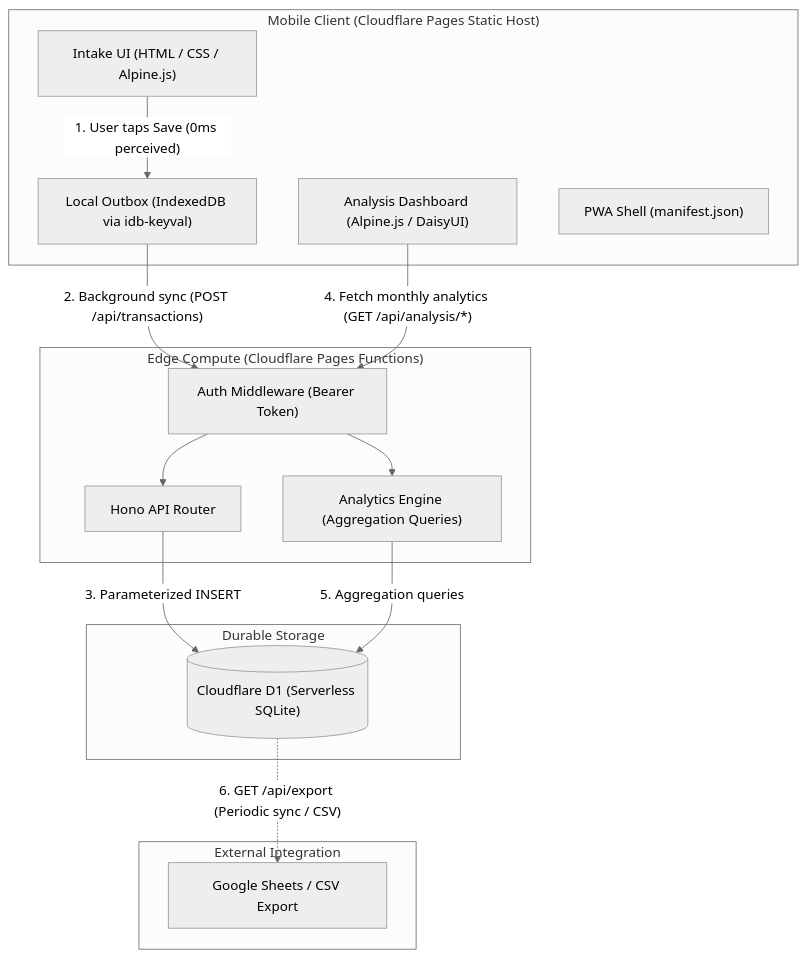
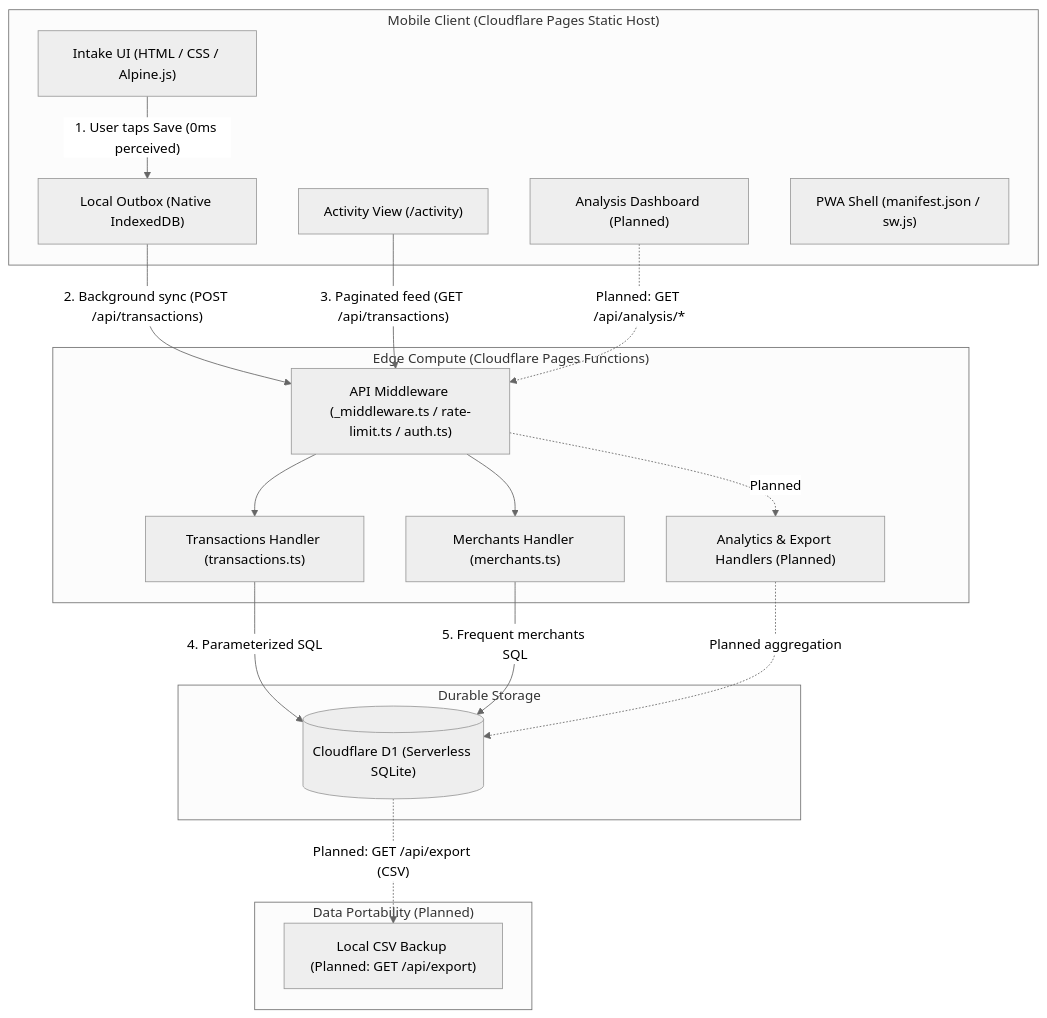
Before and after one commit to gordonpn/snaptally: the diagram in docs/architecture.md, drawn with Mermaid (neutral theme). The commit also changed other lines of this file and 3 other files, not shown here.

First line of the commit message:
docs: align architecture and onboarding docs with shipped handlers (#260)

````diff
--- a/docs/architecture.md
+++ b/docs/architecture.md
@@ -9,32 +9,37 @@
 ```mermaid
 flowchart TD
     subgraph MobileClient["Mobile Client (Cloudflare Pages Static Host)"]
         UI["Intake UI (HTML / CSS / Alpine.js)"]
-        Dashboard["Analysis Dashboard (Alpine.js / DaisyUI)"]
-        Outbox["Local Outbox (IndexedDB via idb-keyval)"]
-        PWA["PWA Shell (manifest.json)"]
+        Activity["Activity View (/activity)"]
+        Dashboard["Analysis Dashboard (Planned)"]
+        Outbox["Local Outbox (Native IndexedDB)"]
+        PWA["PWA Shell (manifest.json / sw.js)"]
     end
 
     subgraph EdgeCompute["Edge Compute (Cloudflare Pages Functions)"]
-        Auth["Auth Middleware (Bearer Token)"]
-        Router["Hono API Router"]
-        AnalyticsEngine["Analytics Engine (Aggregation Queries)"]
+        Middleware["API Middleware (_middleware.ts / rate-limit.ts / auth.ts)"]
+        TxHandler["Transactions Handler (transactions.ts)"]
+        MerchantHandler["Merchants Handler (merchants.ts)"]
+        AnalyticsEngine["Analytics & Export Handlers (Planned)"]
     end
 
     subgraph EdgeStorage["Durable Storage"]
         D1[("Cloudflare D1 (Serverless SQLite)")]
     end
 
-    subgraph MacroReporting["External Integration"]
-        Sheets["Google Sheets / CSV Export"]
+    subgraph LocalPortability["Data Portability (Planned)"]
+        CSVExport["Local CSV Backup (Planned: GET /api/export)"]
     end
 
     UI -->|"1. User taps Save (0ms perceived)"| Outbox
-    Outbox -->|"2. Background sync (POST /api/transactions)"| Auth
-    Auth --> Router
-    Router -->|"3. Parameterized INSERT"| D1
-    Dashboard -->|"4. Fetch monthly analytics (GET /api/analysis/*)"| Auth
-    Auth --> AnalyticsEngine
-    AnalyticsEngine -->|"5. Aggregation queries"| D1
-    D1 -.->|"6. GET /api/export (Periodic sync / CSV)"| Sheets
+    Outbox -->|"2. Background sync (POST /api/transactions)"| Middleware
+    Activity -->|"3. Paginated feed (GET /api/transactions)"| Middleware
+    Middleware --> TxHandler
+    Middleware --> MerchantHandler
+    TxHandler -->|"4. Parameterized SQL"| D1
+    MerchantHandler -->|"5. Frequent merchants SQL"| D1
+    Dashboard -.->|"Planned: GET /api/analysis/*"| Middleware
+    Middleware -.->|"Planned"| AnalyticsEngine
+    AnalyticsEngine -.->|"Planned aggregation"| D1
+    D1 -.->|"Planned: GET /api/export (CSV)"| CSVExport
 ```
````
